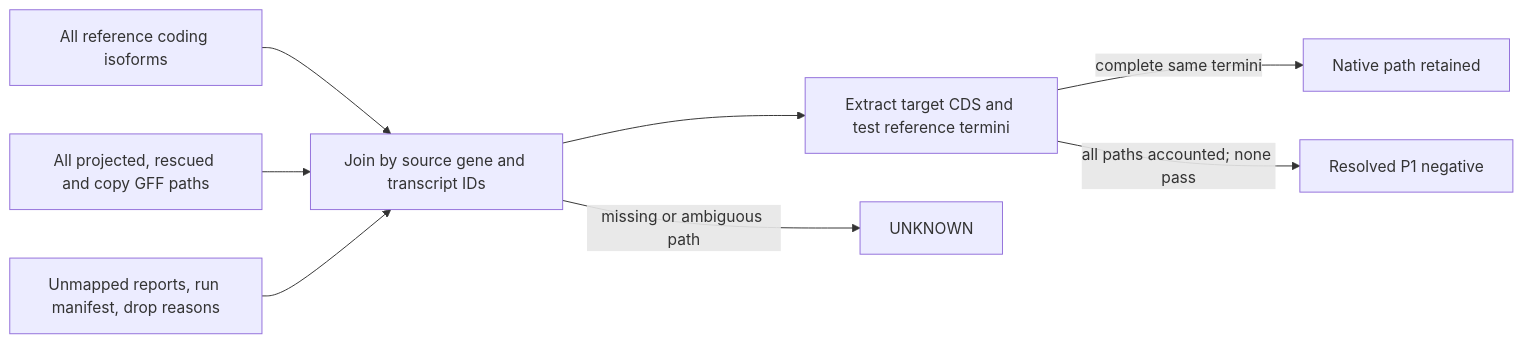
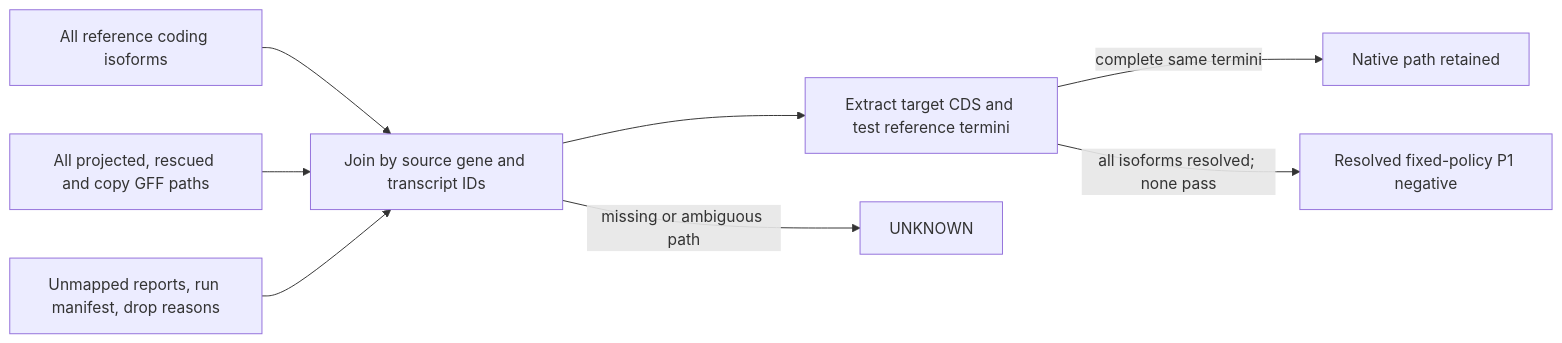
One commit to aayushkrm/AlignSSL-SV changed the diagram in docs/research/2026-10-10-lifton-path-interface.md. Above: the diagram before and after it, drawn with Mermaid. The commit also changed other lines of this file and 1 other file, not shown here.

````diff
--- a/docs/research/2026-10-10-lifton-path-interface.md
+++ b/docs/research/2026-10-10-lifton-path-interface.md
@@ -56,10 +62,10 @@
 ```mermaid
 flowchart LR
   R[All reference coding isoforms] --> J[Join by source gene and transcript IDs]
   G[All projected, rescued and copy GFF paths] --> J
   L[Unmapped reports, run manifest, drop reasons] --> J
   J --> E[Extract target CDS and test reference termini]
   E -->|complete same termini| P[Native path retained]
-  E -->|all paths accounted; none pass| N[Resolved P1 negative]
+  E -->|all isoforms resolved; none pass| N[Resolved fixed-policy P1 negative]
   J -->|missing or ambiguous path| U[UNKNOWN]
 ```
````
